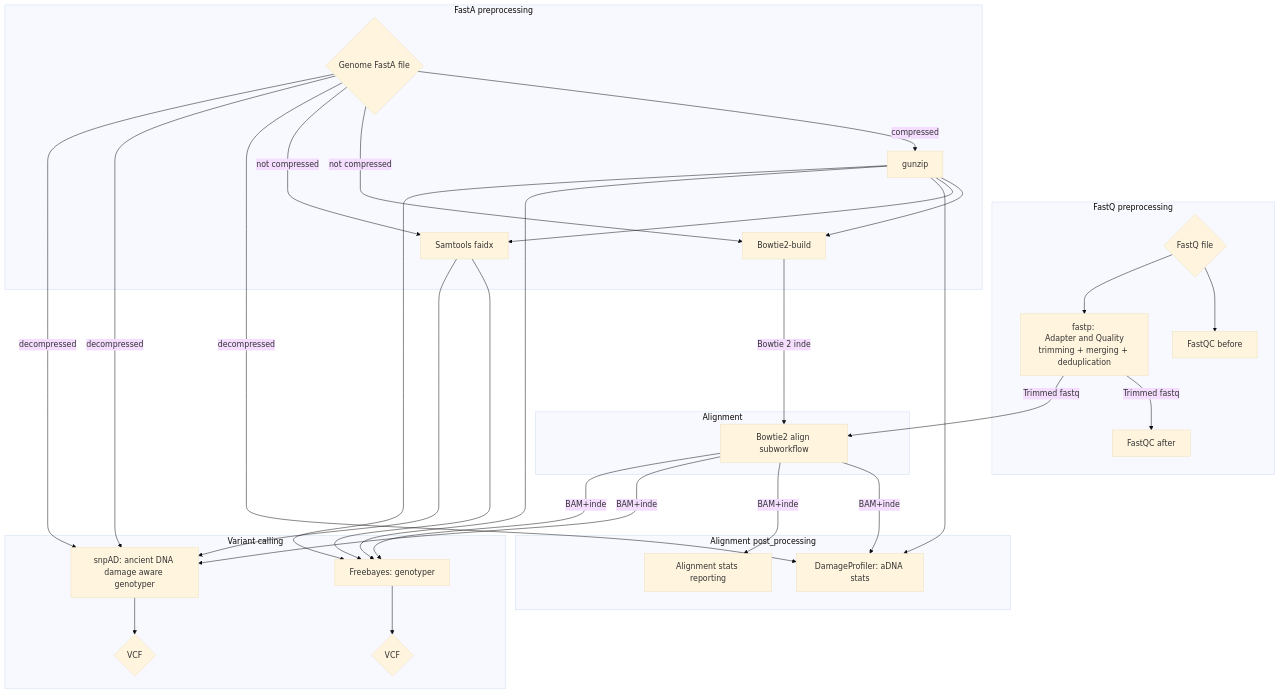
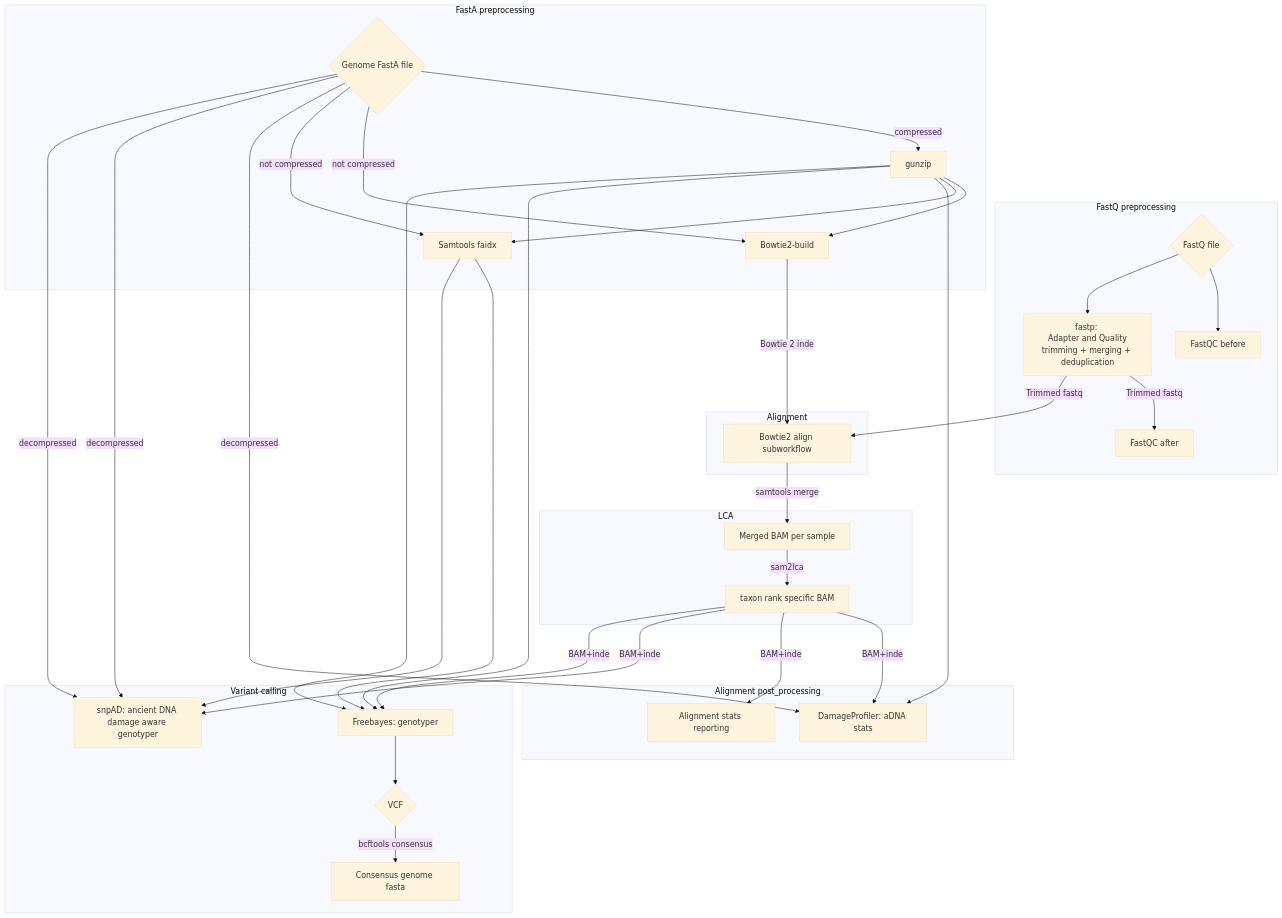
Before and after one commit to maxibor/adnamap: the diagram in README.md, drawn with Mermaid (base theme). The commit also changed 22 other files, not shown here.

First line of the commit message:
Build sam2lca db from input genomes (#5)

````diff
--- a/README.md
+++ b/README.md
@@ -53,52 +53,55 @@
 ```mermaid
 flowchart TD
     subgraph fastq_process[FastQ preprocessing]
         fastq{FastQ file}
         fastqc_before[FastQC before]
         fastp["fastp: \n Adapter and Quality trimming + merging + deduplication"]
         fastqc_after[FastQC after]
         fastq --> fastqc_before
         fastq --> fastp
         fastp -- Trimmed fastq --> fastqc_after
     end
     subgraph fastq_preproprecessing[FastA preprocessing]
         fasta{Genome FastA file}
         faidx[Samtools faidx]
         fasta --compressed-->gunzip
         gunzip-->bowtie2_build
         bowtie2_build[Bowtie2-build]
         fasta--not compressed--> bowtie2_build
         gunzip-->faidx
         fasta--not compressed-->faidx
     end
     subgraph alignment[Alignment]
         bowtie2_align["Bowtie2 align subworkflow"]
         bowtie2_build --Bowtie 2 index--> bowtie2_align
         fastp --Trimmed fastq--> bowtie2_align
     end
+    subgraph lca[LCA]
+      bowtie2_align --samtools merge--> merged_BAM["Merged BAM per sample"]
+      merged_BAM --sam2lca--> rank_BAM["taxon rank specific BAM"]
+    end
     subgraph alignment_post[Alignment post_processing]
         qualimap[Alignment stats reporting]
         damageprofiler[DamageProfiler: aDNA stats]
         fasta--decompressed-->damageprofiler
         gunzip-->damageprofiler
-        bowtie2_align--BAM+index-->damageprofiler
-        bowtie2_align--BAM+index-->qualimap
+        rank_BAM--BAM+index-->damageprofiler
+        rank_BAM--BAM+index-->qualimap
     end
     subgraph variant_calling[Variant calling]
         snpAD["snpAD: ancient DNA damage aware genotyper"]
         freebayes["Freebayes: genotyper"]
 
-        bowtie2_align--BAM+index-->snpAD
-        bowtie2_align--BAM+index-->freebayes
+        rank_BAM--BAM+index-->snpAD
+        rank_BAM--BAM+index-->freebayes
         fasta--decompressed-->snpAD
         gunzip-->freebayes
         faidx-->freebayes
         fasta--decompressed-->snpAD
         gunzip-->freebayes
         faidx-->snpAD
-        vcf1{VCF}
-        vcf2{VCF}
-        snpAD --> vcf1
-        freebayes --> vcf2
+        vcf{VCF}
+        freebayes --> vcf
+        vcf-- bcftools consensus -->cons_fa["Consensus genome fasta"]
     end
 ```
````
